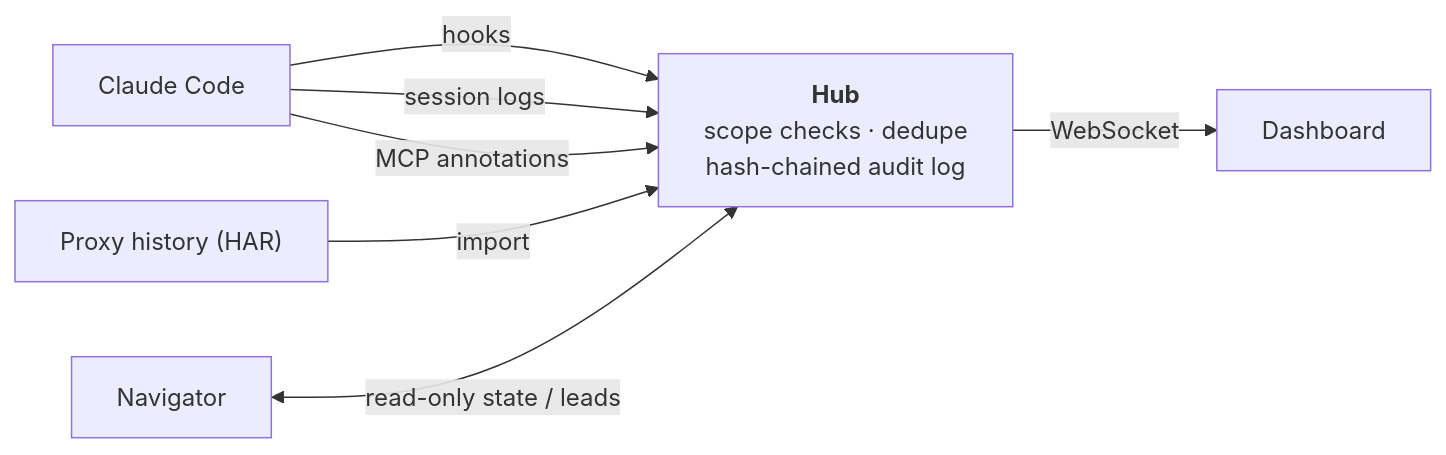
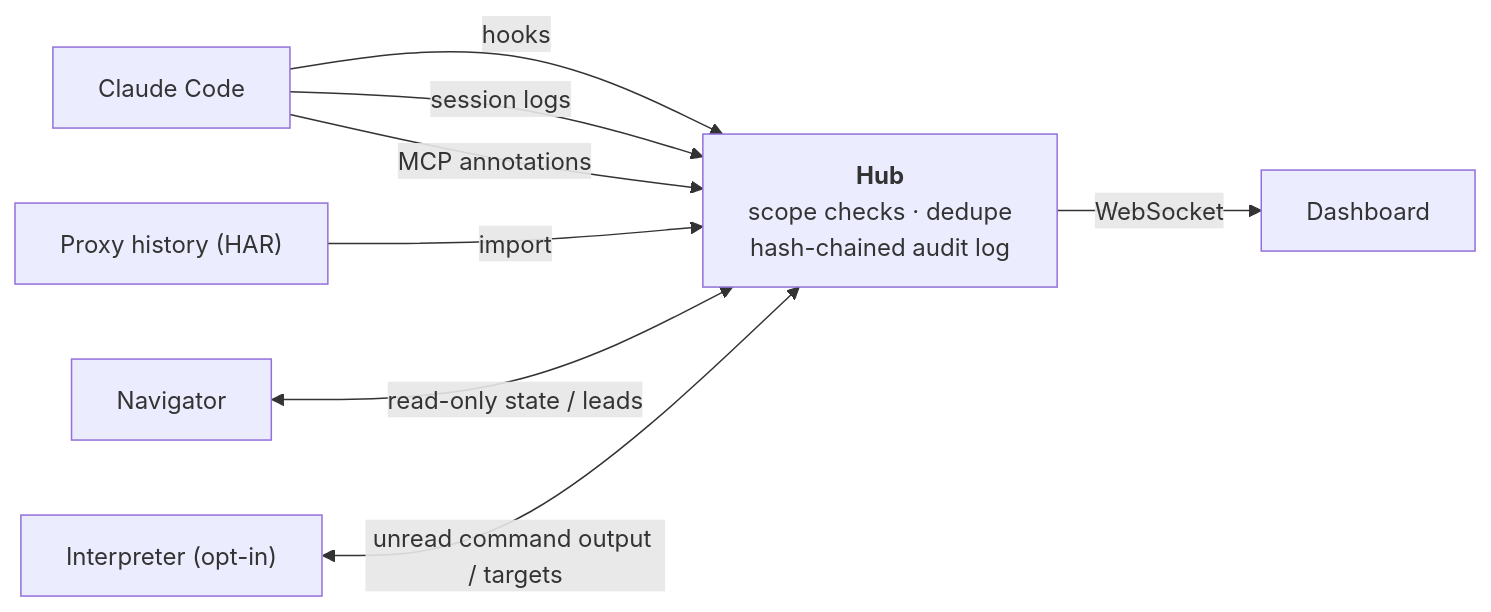
Before and after one commit to joshmaster2165/spectra: the second of 2 diagrams in README.md, drawn with Mermaid. The commit also changed other lines of this file and 32 other files, not shown here.

````diff
--- a/README.md
+++ b/README.md
@@ -150,9 +152,10 @@
 ```mermaid
 flowchart LR
     CC["Claude Code"] -- "hooks" --> H
     CC -- "session logs" --> H
     CC -- "MCP annotations" --> H
     PX["Proxy history (HAR)"] -- "import" --> H
     NAV["Navigator"] <-- "read-only state / leads" --> H
+    INT["Interpreter (opt-in)"] <-- "unread command output / targets" --> H
     H["<b>Hub</b><br/>scope checks · dedupe<br/>hash-chained audit log"] -- "WebSocket" --> UI["Dashboard"]
 ```
````
